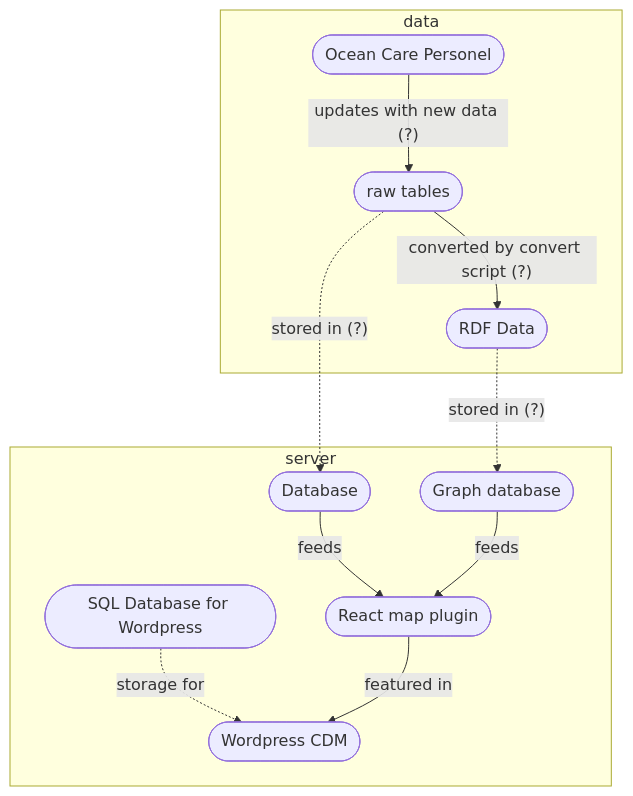
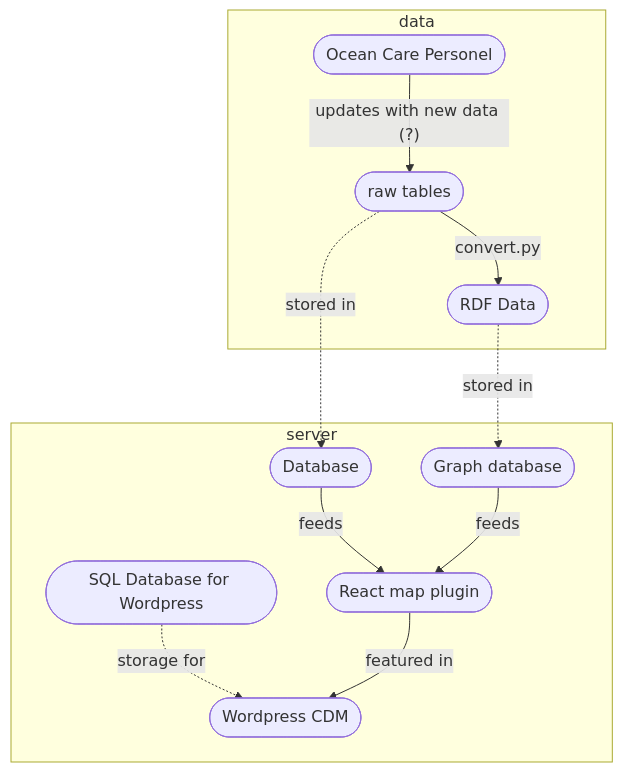
The diagram in docs/infra-diagram.md (sdsc-ordes/compass), drawn with Mermaid before and after one commit.

Commit message:
Update infrastructure diagram with conversion details

````diff
--- a/docs/infra-diagram.md
+++ b/docs/infra-diagram.md
@@ -17,23 +17,23 @@
 ```mermaid
 flowchart TD
     subgraph server
     wdb([SQL Database for Wordpress])
     w([Wordpress CDM])
     r([React map plugin])
     gdb([Graph database])
     db([Database])
     wdb -. storage for .-> w
     db -- feeds --> r
     gdb -- feeds --> r
     r -- featured in --> w
     end 
     subgraph data 
     p([Ocean Care Personel])
     rdf([RDF Data])
     t([raw tables])
     p -- updates with new data (?) --> t
-    t -- converted by convert script (?) --> rdf
-    rdf -. stored in (?) .-> gdb
-    t -. stored in (?) .-> db
+    t -- convert.py --> rdf
+    rdf -. stored in .-> gdb
+    t -. stored in .-> db
     end
 ```
````
